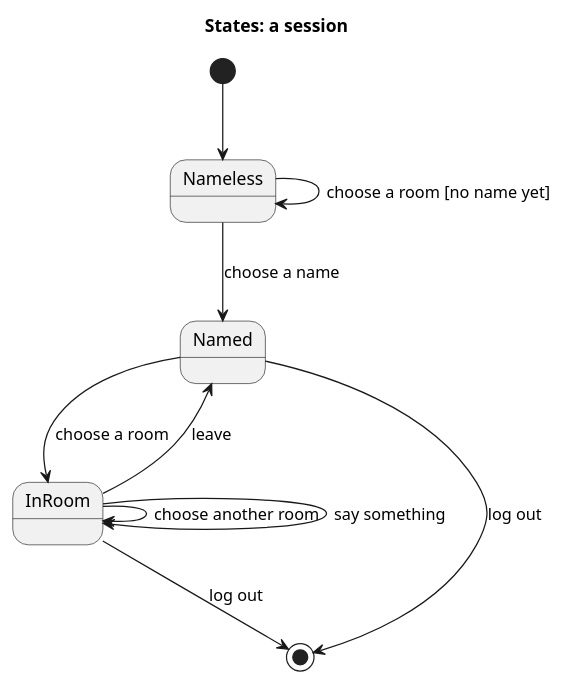
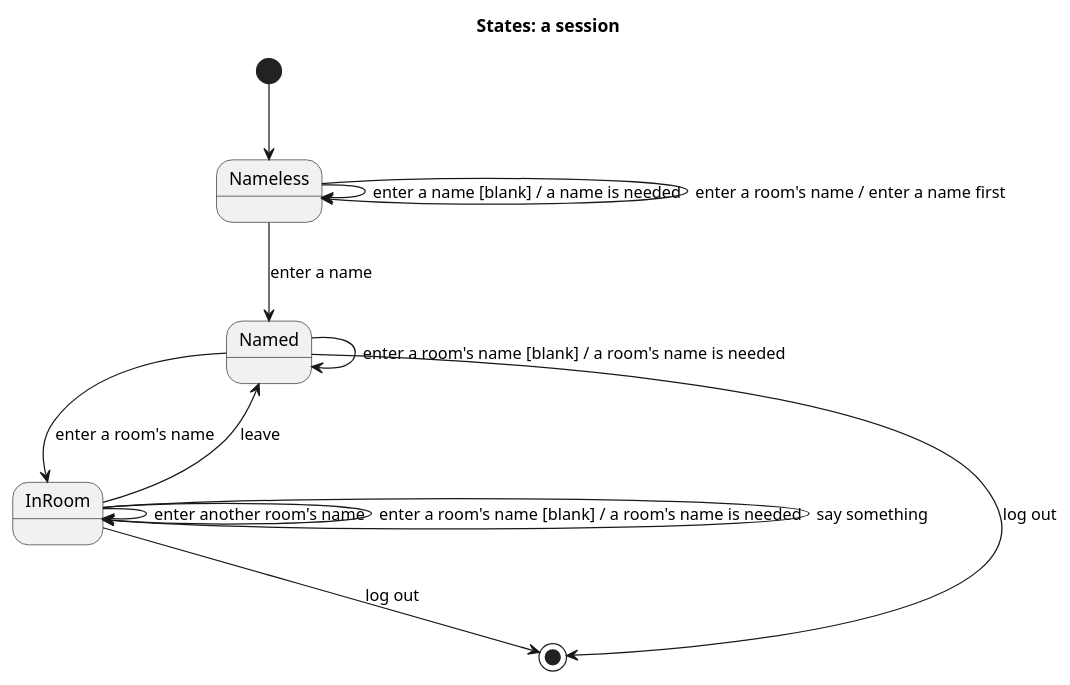
The diagram in uml/src/session.puml (blueshed/dzql), drawn with PlantUML before and after one commit. The commit also changed 5 other files, not shown here.

Commit message:
uml: chat in precise words -- enter a name, enter a room's name (goes in, makes it if nobody has) -- with every blank drawn as event [guard] / reply; the check now lists any refusal Api gives that no diagram draws

```diff
--- a/uml/src/session.puml
+++ b/uml/src/session.puml
@@ -1,12 +1,15 @@
 @startuml
 title States: a session
 [*] --> Nameless
-Nameless --> Named : choose a name
-Nameless --> Nameless : choose a room [no name yet]
-Named --> InRoom : choose a room
-InRoom --> InRoom : choose another room
+Nameless --> Named : enter a name
+Nameless --> Nameless : enter a name [blank] / a name is needed
+Nameless --> Nameless : enter a room's name / enter a name first
+Named --> InRoom : enter a room's name
+Named --> Named : enter a room's name [blank] / a room's name is needed
+InRoom --> InRoom : enter another room's name
+InRoom --> InRoom : enter a room's name [blank] / a room's name is needed
 InRoom --> InRoom : say something
 InRoom --> Named : leave
 Named --> [*] : log out
 InRoom --> [*] : log out
 @enduml
```
